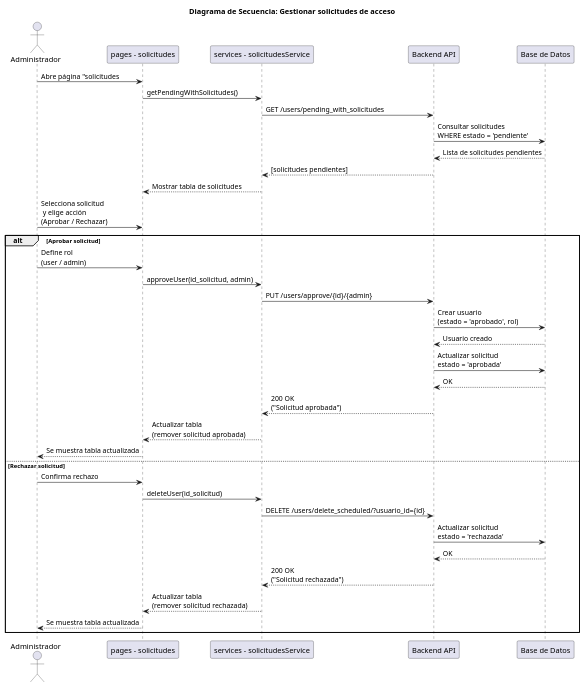
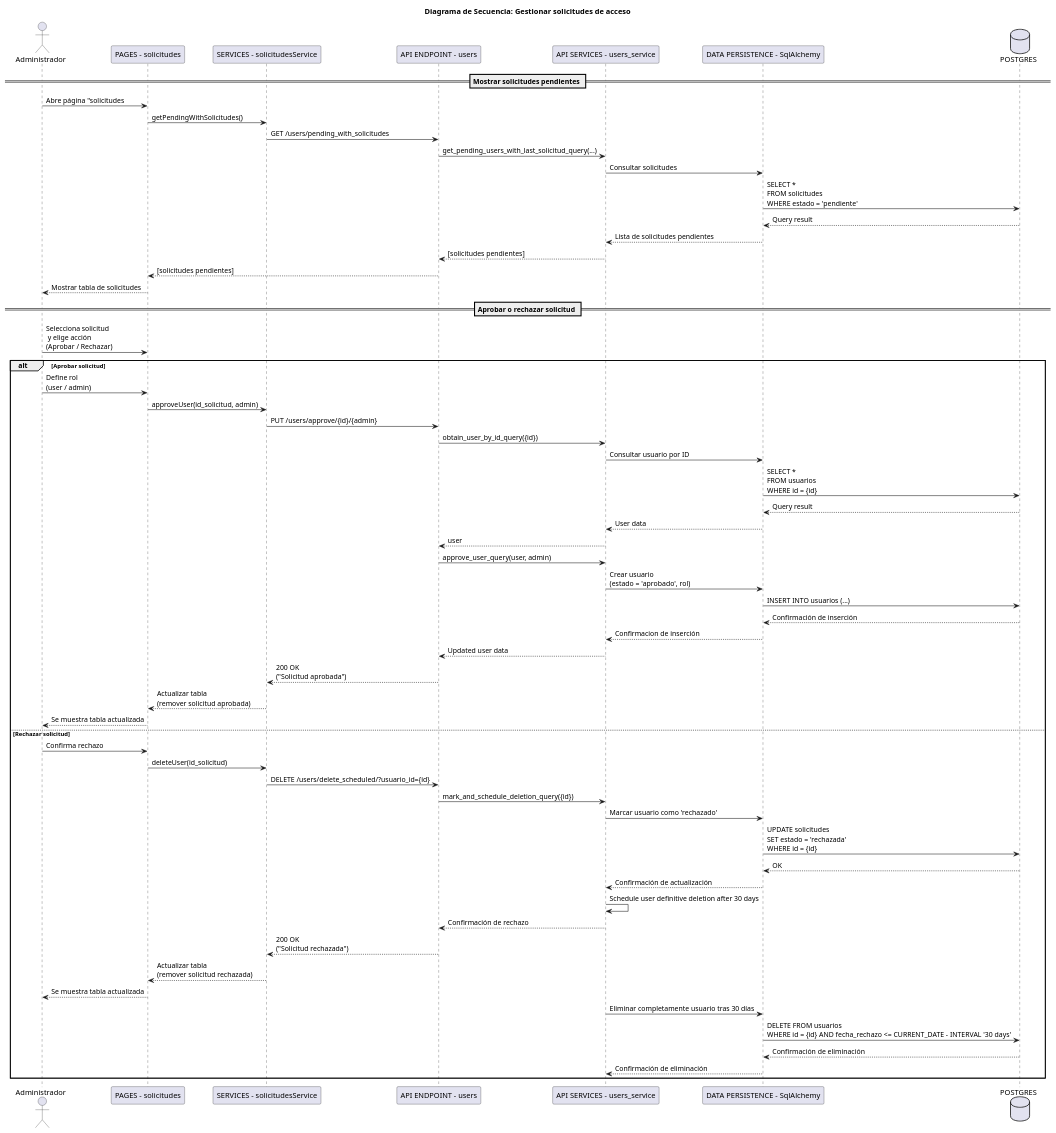
Before and after one commit to Niik4466/SolarWeb: the diagram in docs/diagrama_secuencia/sprint2/HU_1A.wsd, drawn with PlantUML. The commit also changed 1 other file, not shown here.

Commit message:
Agregados nuevos diagramas: - HU_1A - HU_3U

```diff
--- a/docs/diagrama_secuencia/sprint2/HU_1A.wsd
+++ b/docs/diagrama_secuencia/sprint2/HU_1A.wsd
@@ -1,52 +1,79 @@
 @startuml
 title Diagrama de Secuencia: Gestionar solicitudes de acceso
 
 actor Administrador
-participant UI as "pages - solicitudes"
-participant FE_Service as "services - solicitudesService"
-participant BE as "Backend API"
-participant DB as "Base de Datos"
+participant UI as "PAGES - solicitudes"
+participant FE_Service as "SERVICES - solicitudesService"
+participant ENDPOINT as "API ENDPOINT - users"
+participant SERVICES as "API SERVICES - users_service"
+participant SQL as "DATA PERSISTENCE - SqlAlchemy"
+database DB as "POSTGRES"
+
+== Mostrar solicitudes pendientes ==
 
 Administrador -> UI : Abre página "solicitudes
 
 UI -> FE_Service :  getPendingWithSolicitudes()
 
-FE_Service -> BE : GET /users/pending_with_solicitudes
+FE_Service -> ENDPOINT : GET /users/pending_with_solicitudes
+ENDPOINT -> SERVICES : get_pending_users_with_last_solicitud_query(...)
+SERVICES -> SQL : Consultar solicitudes
+SQL -> DB: SELECT * \nFROM solicitudes \nWHERE estado = 'pendiente'
+DB --> SQL : Query result
+SQL --> SERVICES : Lista de solicitudes pendientes
+SERVICES --> ENDPOINT: [solicitudes pendientes]
+ENDPOINT --> UI: [solicitudes pendientes]
+UI --> Administrador : Mostrar tabla de solicitudes
 
-BE -> DB : Consultar solicitudes\nWHERE estado = 'pendiente'
-DB --> BE : Lista de solicitudes pendientes
-BE --> FE_Service : [solicitudes pendientes]
-FE_Service --> UI : Mostrar tabla de solicitudes
+== Aprobar o rechazar solicitud ==
 
 Administrador -> UI : Selecciona solicitud\n y elige acción\n(Aprobar / Rechazar)
 
 alt Aprobar solicitud
     Administrador -> UI : Define rol\n(user / admin)
     UI -> FE_Service : approveUser(id_solicitud, admin)
 
-    FE_Service -> BE : PUT /users/approve/{id}/{admin}
+    FE_Service -> ENDPOINT : PUT /users/approve/{id}/{admin}
 
-    BE -> DB : Crear usuario\n(estado = 'aprobado', rol)
-    DB --> BE : Usuario creado
+    ENDPOINT -> SERVICES : obtain_user_by_id_query({id})
+    SERVICES -> SQL : Consultar usuario por ID
+    SQL -> DB : SELECT * \nFROM usuarios \nWHERE id = {id}
+    DB --> SQL : Query result
+    SQL --> SERVICES : User data
+    SERVICES --> ENDPOINT : user
 
-    BE -> DB : Actualizar solicitud\nestado = 'aprobada'
-    DB --> BE : OK
+    ENDPOINT -> SERVICES : approve_user_query(user, admin)
+    SERVICES -> SQL : Crear usuario\n(estado = 'aprobado', rol)
+    SQL -> DB : INSERT INTO usuarios (...)
+    DB --> SQL : Confirmación de inserción
+    SQL --> SERVICES : Confirmacion de inserción
+    SERVICES --> ENDPOINT : Updated user data
 
-    BE --> FE_Service : 200 OK\n("Solicitud aprobada")
+    ENDPOINT --> FE_Service : 200 OK\n("Solicitud aprobada")
     FE_Service --> UI : Actualizar tabla\n(remover solicitud aprobada)
     UI --> Administrador : Se muestra tabla actualizada
 else Rechazar solicitud
     Administrador -> UI : Confirma rechazo
     UI -> FE_Service : deleteUser(id_solicitud)
 
-    FE_Service -> BE : DELETE /users/delete_scheduled/?usuario_id={id}
+    FE_Service -> ENDPOINT : DELETE /users/delete_scheduled/?usuario_id={id}
 
-    BE -> DB : Actualizar solicitud\nestado = 'rechazada'
-    DB --> BE : OK
+    ENDPOINT -> SERVICES : mark_and_schedule_deletion_query({id})
+    SERVICES -> SQL : Marcar usuario como 'rechazado'
+    SQL -> DB : UPDATE solicitudes\nSET estado = 'rechazada'\nWHERE id = {id}
+    DB --> SQL : OK
+    SQL --> SERVICES : Confirmación de actualización
+    SERVICES -> SERVICES: Schedule user definitive deletion after 30 days
+    SERVICES --> ENDPOINT : Confirmación de rechazo
 
-    BE --> FE_Service : 200 OK\n("Solicitud rechazada")
+    ENDPOINT --> FE_Service : 200 OK\n("Solicitud rechazada")
     FE_Service --> UI : Actualizar tabla\n(remover solicitud rechazada)
     UI --> Administrador : Se muestra tabla actualizada
+
+    SERVICES -> SQL : Eliminar completamente usuario tras 30 días
+    SQL -> DB : DELETE FROM usuarios\nWHERE id = {id} AND fecha_rechazo <= CURRENT_DATE - INTERVAL '30 days'
+    DB --> SQL : Confirmación de eliminación
+    SQL --> SERVICES : Confirmación de eliminación
 end
 
 @enduml
```
